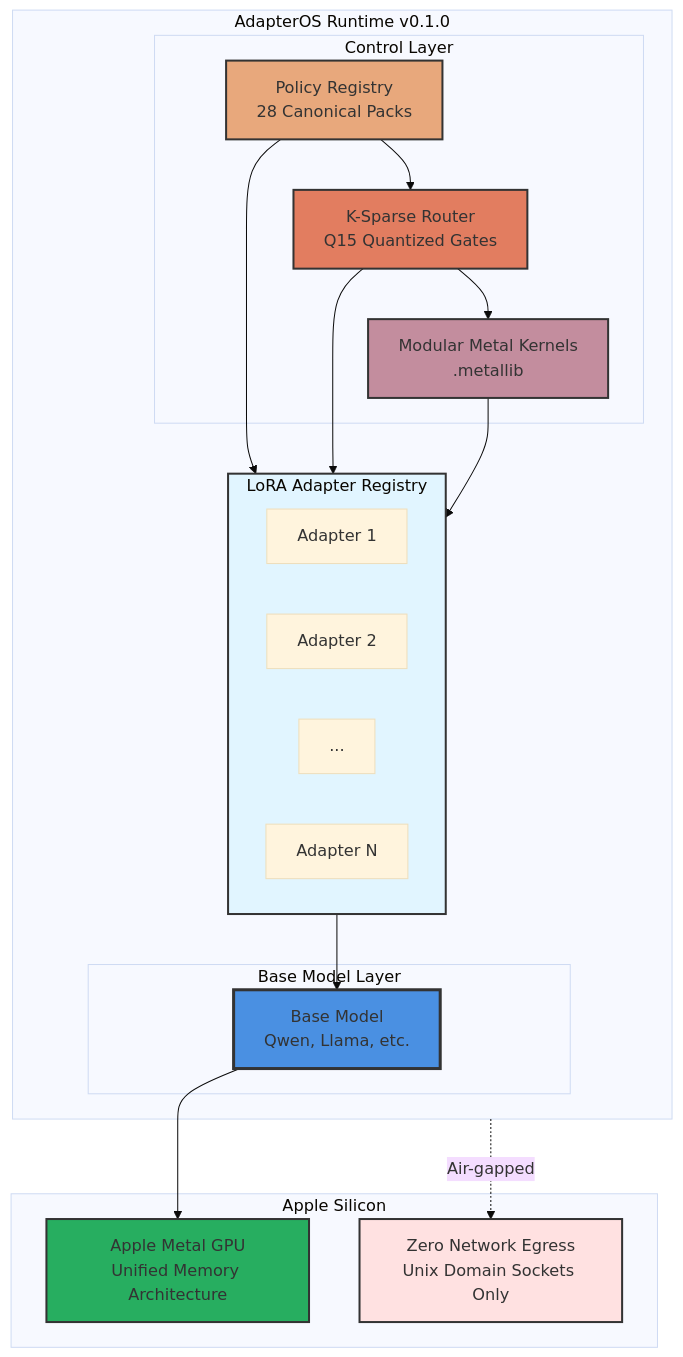
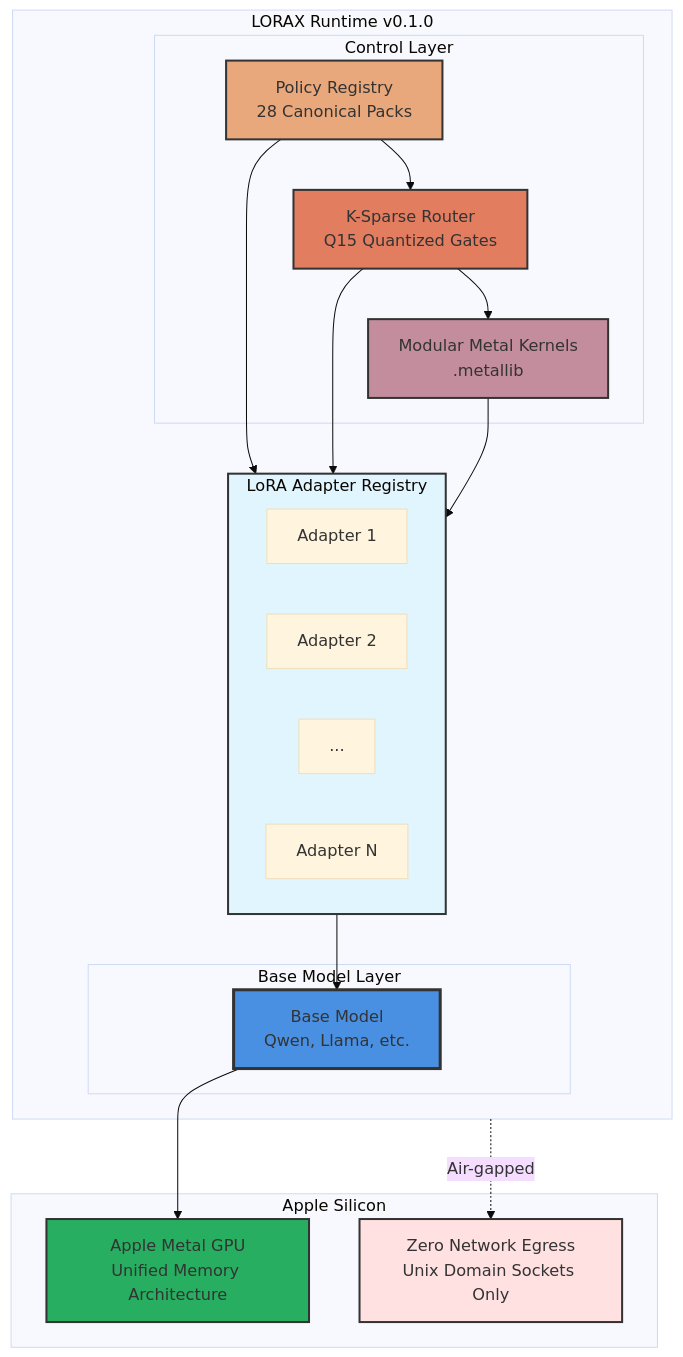
Before and after one commit to rogu3bear/adapter-os: the diagram in README.md, drawn with Mermaid (base theme). The commit also changed other lines of this file and 5 other files, not shown here.

First line of the commit message:
docs: update CLAUDE.md, AGENTS.md, README, and runtime diagrams

````diff
--- a/README.md
+++ b/README.md
@@ -51,46 +51,46 @@
 ```mermaid
 graph TB
-    subgraph Runtime[AdapterOS Runtime v0.1.0]
+    subgraph Runtime[LORAX Runtime v0.1.0]
         subgraph Control[Control Layer]
             Policy[Policy Registry<br/>28 Canonical Packs]
             Router[K-Sparse Router<br/>Q15 Quantized Gates]
             Kernels[Modular Metal Kernels<br/>.metallib]
         end
 
         subgraph Registry[LoRA Adapter Registry]
             A1[Adapter 1]
             A2[Adapter 2]
             A3[...]
             AN[Adapter N]
         end
 
         subgraph Model[Base Model Layer]
             BaseModel[Base Model<br/>Qwen, Llama, etc.]
         end
 
         Policy --> Router
         Router --> Kernels
 
         Policy --> Registry
         Router --> Registry
         Kernels --> Registry
 
         Registry --> BaseModel
     end
 
     subgraph Hardware[Apple Silicon]
         GPU[Apple Metal GPU<br/>Unified Memory Architecture]
         Network[Zero Network Egress<br/>Unix Domain Sockets Only]
     end
 
     BaseModel --> GPU
     Runtime -.->|Air-gapped| Network
 
     style Policy fill:#e8a87c,stroke:#333,stroke-width:2px
     style Router fill:#e27d60,stroke:#333,stroke-width:2px
     style Kernels fill:#c38d9e,stroke:#333,stroke-width:2px
     style Registry fill:#e1f5ff,stroke:#333,stroke-width:2px
     style BaseModel fill:#4a90e2,stroke:#333,stroke-width:3px
     style GPU fill:#27ae60,stroke:#333,stroke-width:2px
     style Network fill:#ffe1e1,stroke:#333,stroke-width:2px
 ```
````
